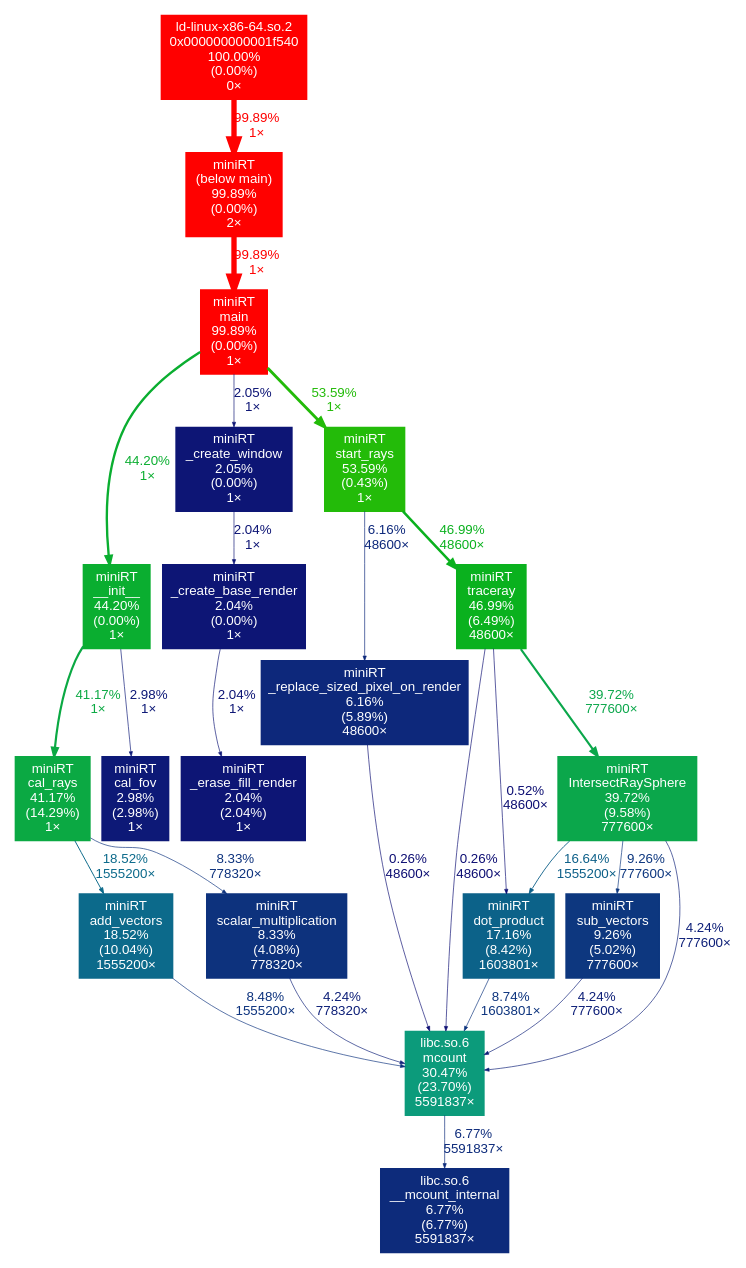
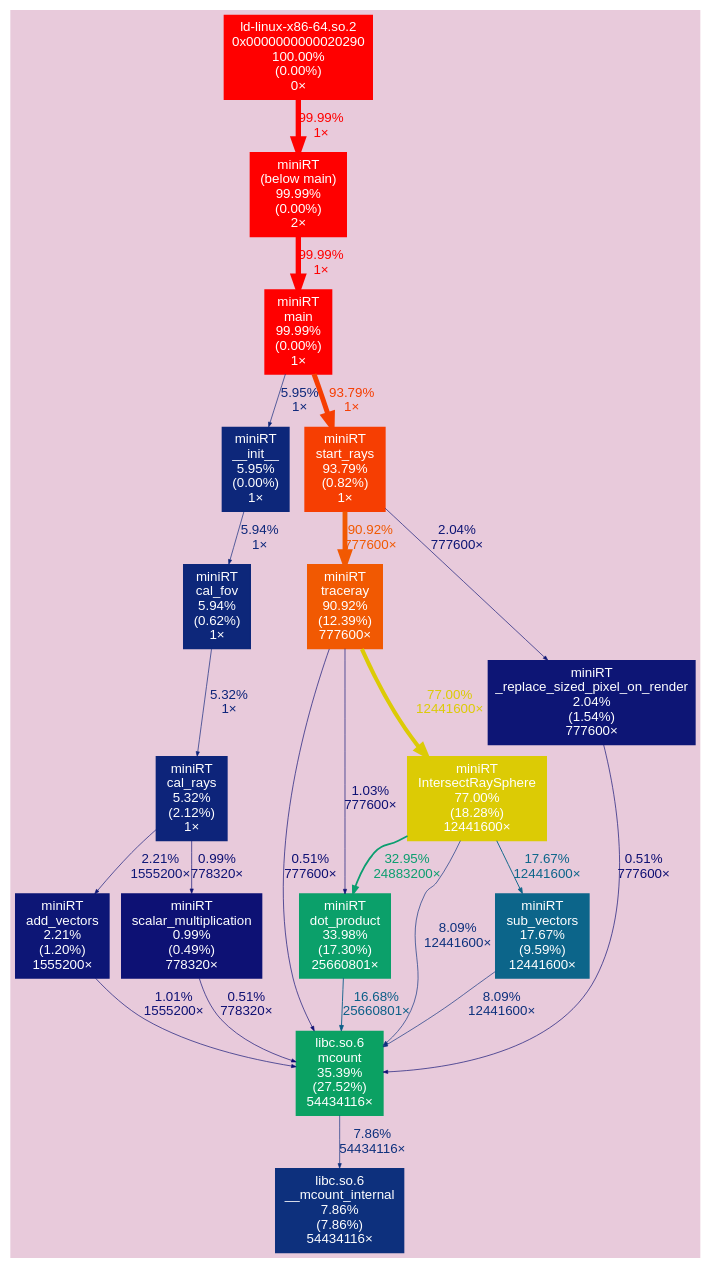
The diagram in out.dot (Miniflint/miniRT), drawn with Graphviz before and after one commit. The commit also changed 28 other files, not shown here.

```diff
--- a/out.dot
+++ b/out.dot
@@ -1,50 +1,45 @@
 digraph {
 	tooltip=" "
+	bgcolor="#E8CADB"
 	graph [fontname=Arial, nodesep=0.125, ranksep=0.25];
 	node [fontcolor=white, fontname=Arial, height=0, shape=box, style=filled, width=0];
 	edge [fontname=Arial];
-	"(below main)" [color="#ff0100", fontcolor="#ffffff", fontsize="10.00", label="miniRT\n(below main)\n99.89%\n(0.00%)\n2×"];
-	"(below main)" -> main [arrowsize="1.00", color="#ff0100", fontcolor="#ff0100", fontsize="10.00", label="99.89%\n1×", labeldistance="4.00", penwidth="4.00"];
-	"0x000000000001f540" [color="#ff0000", fontcolor="#ffffff", fontsize="10.00", label="ld-linux-x86-64.so.2\n0x000000000001f540\n100.00%\n(0.00%)\n0×"];
-	"0x000000000001f540" -> "(below main)" [arrowsize="1.00", color="#ff0100", fontcolor="#ff0100", fontsize="10.00", label="99.89%\n1×", labeldistance="4.00", penwidth="4.00"];
-	IntersectRaySphere [color="#0ba74b", fontcolor="#ffffff", fontsize="10.00", label="miniRT\nIntersectRaySphere\n39.72%\n(9.58%)\n777600×"];
-	IntersectRaySphere -> "dot_product" [arrowsize="0.41", color="#0c5f88", fontcolor="#0c5f88", fontsize="10.00", label="16.64%\n1555200×", labeldistance="0.67", penwidth="0.67"];
-	IntersectRaySphere -> mcount [arrowsize="0.35", color="#0d1f78", fontcolor="#0d1f78", fontsize="10.00", label="4.24%\n777600×", labeldistance="0.50", penwidth="0.50"];
-	IntersectRaySphere -> "sub_vectors" [arrowsize="0.35", color="#0d377f", fontcolor="#0d377f", fontsize="10.00", label="9.26%\n777600×", labeldistance="0.50", penwidth="0.50"];
-	"__init__" [color="#0aae30", fontcolor="#ffffff", fontsize="10.00", label="miniRT\n__init__\n44.20%\n(0.00%)\n1×"];
-	"__init__" -> "cal_fov" [arrowsize="0.35", color="#0d1977", fontcolor="#0d1977", fontsize="10.00", label="2.98%\n1×", labeldistance="0.50", penwidth="0.50"];
-	"__init__" -> "cal_rays" [arrowsize="0.64", color="#0ba943", fontcolor="#0ba943", fontsize="10.00", label="41.17%\n1×", labeldistance="1.65", penwidth="1.65"];
-	"__mcount_internal" [color="#0d2b7b", fontcolor="#ffffff", fontsize="10.00", label="libc.so.6\n__mcount_internal\n6.77%\n(6.77%)\n5591837×"];
-	"_create_base_render" [color="#0d1575", fontcolor="#ffffff", fontsize="10.00", label="miniRT\n_create_base_render\n2.04%\n(0.00%)\n1×"];
-	"_create_base_render" -> "_erase_fill_render" [arrowsize="0.35", color="#0d1575", fontcolor="#0d1575", fontsize="10.00", label="2.04%\n1×", labeldistance="0.50", penwidth="0.50"];
-	"_create_window" [color="#0d1575", fontcolor="#ffffff", fontsize="10.00", label="miniRT\n_create_window\n2.05%\n(0.00%)\n1×"];
-	"_create_window" -> "_create_base_render" [arrowsize="0.35", color="#0d1575", fontcolor="#0d1575", fontsize="10.00", label="2.04%\n1×", labeldistance="0.50", penwidth="0.50"];
-	"_erase_fill_render" [color="#0d1575", fontcolor="#ffffff", fontsize="10.00", label="miniRT\n_erase_fill_render\n2.04%\n(2.04%)\n1×"];
-	"_replace_sized_pixel_on_render" [color="#0d287b", fontcolor="#ffffff", fontsize="10.00", label="miniRT\n_replace_sized_pixel_on_render\n6.16%\n(5.89%)\n48600×"];
-	"_replace_sized_pixel_on_render" -> mcount [arrowsize="0.35", color="#0d0e73", fontcolor="#0d0e73", fontsize="10.00", label="0.26%\n48600×", labeldistance="0.50", penwidth="0.50"];
-	"add_vectors" [color="#0c6a8b", fontcolor="#ffffff", fontsize="10.00", label="miniRT\nadd_vectors\n18.52%\n(10.04%)\n1555200×"];
-	"add_vectors" -> mcount [arrowsize="0.35", color="#0d337e", fontcolor="#0d337e", fontsize="10.00", label="8.48%\n1555200×", labeldistance="0.50", penwidth="0.50"];
-	"cal_fov" [color="#0d1977", fontcolor="#ffffff", fontsize="10.00", label="miniRT\ncal_fov\n2.98%\n(2.98%)\n1×"];
-	"cal_rays" [color="#0ba943", fontcolor="#ffffff", fontsize="10.00", label="miniRT\ncal_rays\n41.17%\n(14.29%)\n1×"];
-	"cal_rays" -> "add_vectors" [arrowsize="0.43", color="#0c6a8b", fontcolor="#0c6a8b", fontsize="10.00", label="18.52%\n1555200×", labeldistance="0.74", penwidth="0.74"];
-	"cal_rays" -> "scalar_multiplication" [arrowsize="0.35", color="#0d327d", fontcolor="#0d327d", fontsize="10.00", label="8.33%\n778320×", labeldistance="0.50", penwidth="0.50"];
-	"dot_product" [color="#0c6289", fontcolor="#ffffff", fontsize="10.00", label="miniRT\ndot_product\n17.16%\n(8.42%)\n1603801×"];
-	"dot_product" -> mcount [arrowsize="0.35", color="#0d347e", fontcolor="#0d347e", fontsize="10.00", label="8.74%\n1603801×", labeldistance="0.50", penwidth="0.50"];
-	main [color="#ff0100", fontcolor="#ffffff", fontsize="10.00", label="miniRT\nmain\n99.89%\n(0.00%)\n1×"];
-	main -> "__init__" [arrowsize="0.66", color="#0aae30", fontcolor="#0aae30", fontsize="10.00", label="44.20%\n1×", labeldistance="1.77", penwidth="1.77"];
-	main -> "_create_window" [arrowsize="0.35", color="#0d1575", fontcolor="#0d1575", fontsize="10.00", label="2.05%\n1×", labeldistance="0.50", penwidth="0.50"];
-	main -> "start_rays" [arrowsize="0.73", color="#23bb09", fontcolor="#23bb09", fontsize="10.00", label="53.59%\n1×", labeldistance="2.14", penwidth="2.14"];
-	mcount [color="#0c9b7b", fontcolor="#ffffff", fontsize="10.00", label="libc.so.6\nmcount\n30.47%\n(23.70%)\n5591837×"];
-	mcount -> "__mcount_internal" [arrowsize="0.35", color="#0d2b7b", fontcolor="#0d2b7b", fontsize="10.00", label="6.77%\n5591837×", labeldistance="0.50", penwidth="0.50"];
-	"scalar_multiplication" [color="#0d327d", fontcolor="#ffffff", fontsize="10.00", label="miniRT\nscalar_multiplication\n8.33%\n(4.08%)\n778320×"];
-	"scalar_multiplication" -> mcount [arrowsize="0.35", color="#0d1f78", fontcolor="#0d1f78", fontsize="10.00", label="4.24%\n778320×", labeldistance="0.50", penwidth="0.50"];
-	"start_rays" [color="#23bb09", fontcolor="#ffffff", fontsize="10.00", label="miniRT\nstart_rays\n53.59%\n(0.43%)\n1×"];
-	"start_rays" -> "_replace_sized_pixel_on_render" [arrowsize="0.35", color="#0d287b", fontcolor="#0d287b", fontsize="10.00", label="6.16%\n48600×", labeldistance="0.50", penwidth="0.50"];
-	"start_rays" -> traceray [arrowsize="0.69", color="#0ab11e", fontcolor="#0ab11e", fontsize="10.00", label="46.99%\n48600×", labeldistance="1.88", penwidth="1.88"];
-	"sub_vectors" [color="#0d377f", fontcolor="#ffffff", fontsize="10.00", label="miniRT\nsub_vectors\n9.26%\n(5.02%)\n777600×"];
-	"sub_vectors" -> mcount [arrowsize="0.35", color="#0d1f78", fontcolor="#0d1f78", fontsize="10.00", label="4.24%\n777600×", labeldistance="0.50", penwidth="0.50"];
-	traceray [color="#0ab11e", fontcolor="#ffffff", fontsize="10.00", label="miniRT\ntraceray\n46.99%\n(6.49%)\n48600×"];
-	traceray -> IntersectRaySphere [arrowsize="0.63", color="#0ba74b", fontcolor="#0ba74b", fontsize="10.00", label="39.72%\n777600×", labeldistance="1.59", penwidth="1.59"];
-	traceray -> "dot_product" [arrowsize="0.35", color="#0d0f73", fontcolor="#0d0f73", fontsize="10.00", label="0.52%\n48600×", labeldistance="0.50", penwidth="0.50"];
-	traceray -> mcount [arrowsize="0.35", color="#0d0e73", fontcolor="#0d0e73", fontsize="10.00", label="0.26%\n48600×", labeldistance="0.50", penwidth="0.50"];
+	"(below main)" [color="#ff0000", fontcolor="#ffffff", fontsize="10.00", label="miniRT\n(below main)\n99.99%\n(0.00%)\n2×"];
+	"(below main)" -> main [arrowsize="1.00", color="#ff0000", fontcolor="#ff0000", fontsize="10.00", label="99.99%\n1×", labeldistance="4.00", penwidth="4.00"];
+	"0x0000000000020290" [color="#ff0000", fontcolor="#ffffff", fontsize="10.00", label="ld-linux-x86-64.so.2\n0x0000000000020290\n100.00%\n(0.00%)\n0×"];
+	"0x0000000000020290" -> "(below main)" [arrowsize="1.00", color="#ff0000", fontcolor="#ff0000", fontsize="10.00", label="99.99%\n1×", labeldistance="4.00", penwidth="4.00"];
+	IntersectRaySphere [color="#dccb05", fontcolor="#ffffff", fontsize="10.00", label="miniRT\nIntersectRaySphere\n77.00%\n(18.28%)\n12441600×"];
+	IntersectRaySphere -> "dot_product" [arrowsize="0.57", color="#0b9e6f", fontcolor="#0b9e6f", fontsize="10.00", label="32.95%\n24883200×", labeldistance="1.32", penwidth="1.32"];
+	IntersectRaySphere -> mcount [arrowsize="0.35", color="#0d317d", fontcolor="#0d317d", fontsize="10.00", label="8.09%\n12441600×", labeldistance="0.50", penwidth="0.50"];
+	IntersectRaySphere -> "sub_vectors" [arrowsize="0.42", color="#0c658a", fontcolor="#0c658a", fontsize="10.00", label="17.67%\n12441600×", labeldistance="0.71", penwidth="0.71"];
+	"__init__" [color="#0d277a", fontcolor="#ffffff", fontsize="10.00", label="miniRT\n__init__\n5.95%\n(0.00%)\n1×"];
+	"__init__" -> "cal_fov" [arrowsize="0.35", color="#0d277a", fontcolor="#0d277a", fontsize="10.00", label="5.94%\n1×", labeldistance="0.50", penwidth="0.50"];
+	"__mcount_internal" [color="#0d307d", fontcolor="#ffffff", fontsize="10.00", label="libc.so.6\n__mcount_internal\n7.86%\n(7.86%)\n54434116×"];
+	"_replace_sized_pixel_on_render" [color="#0d1575", fontcolor="#ffffff", fontsize="10.00", label="miniRT\n_replace_sized_pixel_on_render\n2.04%\n(1.54%)\n777600×"];
+	"_replace_sized_pixel_on_render" -> mcount [arrowsize="0.35", color="#0d0f73", fontcolor="#0d0f73", fontsize="10.00", label="0.51%\n777600×", labeldistance="0.50", penwidth="0.50"];
+	"add_vectors" [color="#0d1676", fontcolor="#ffffff", fontsize="10.00", label="miniRT\nadd_vectors\n2.21%\n(1.20%)\n1555200×"];
+	"add_vectors" -> mcount [arrowsize="0.35", color="#0d1174", fontcolor="#0d1174", fontsize="10.00", label="1.01%\n1555200×", labeldistance="0.50", penwidth="0.50"];
+	"cal_fov" [color="#0d277a", fontcolor="#ffffff", fontsize="10.00", label="miniRT\ncal_fov\n5.94%\n(0.62%)\n1×"];
+	"cal_fov" -> "cal_rays" [arrowsize="0.35", color="#0d247a", fontcolor="#0d247a", fontsize="10.00", label="5.32%\n1×", labeldistance="0.50", penwidth="0.50"];
+	"cal_rays" [color="#0d247a", fontcolor="#ffffff", fontsize="10.00", label="miniRT\ncal_rays\n5.32%\n(2.12%)\n1×"];
+	"cal_rays" -> "add_vectors" [arrowsize="0.35", color="#0d1676", fontcolor="#0d1676", fontsize="10.00", label="2.21%\n1555200×", labeldistance="0.50", penwidth="0.50"];
+	"cal_rays" -> "scalar_multiplication" [arrowsize="0.35", color="#0d1174", fontcolor="#0d1174", fontsize="10.00", label="0.99%\n778320×", labeldistance="0.50", penwidth="0.50"];
+	"dot_product" [color="#0ba06a", fontcolor="#ffffff", fontsize="10.00", label="miniRT\ndot_product\n33.98%\n(17.30%)\n25660801×"];
+	"dot_product" -> mcount [arrowsize="0.41", color="#0c5f88", fontcolor="#0c5f88", fontsize="10.00", label="16.68%\n25660801×", labeldistance="0.67", penwidth="0.67"];
+	main [color="#ff0000", fontcolor="#ffffff", fontsize="10.00", label="miniRT\nmain\n99.99%\n(0.00%)\n1×"];
+	main -> "__init__" [arrowsize="0.35", color="#0d277a", fontcolor="#0d277a", fontsize="10.00", label="5.95%\n1×", labeldistance="0.50", penwidth="0.50"];
+	main -> "start_rays" [arrowsize="0.97", color="#f63e02", fontcolor="#f63e02", fontsize="10.00", label="93.79%\n1×", labeldistance="3.75", penwidth="3.75"];
+	mcount [color="#0ba163", fontcolor="#ffffff", fontsize="10.00", label="libc.so.6\nmcount\n35.39%\n(27.52%)\n54434116×"];
+	mcount -> "__mcount_internal" [arrowsize="0.35", color="#0d307d", fontcolor="#0d307d", fontsize="10.00", label="7.86%\n54434116×", labeldistance="0.50", penwidth="0.50"];
+	"scalar_multiplication" [color="#0d1174", fontcolor="#ffffff", fontsize="10.00", label="miniRT\nscalar_multiplication\n0.99%\n(0.49%)\n778320×"];
+	"scalar_multiplication" -> mcount [arrowsize="0.35", color="#0d0f73", fontcolor="#0d0f73", fontsize="10.00", label="0.51%\n778320×", labeldistance="0.50", penwidth="0.50"];
+	"start_rays" [color="#f63e02", fontcolor="#ffffff", fontsize="10.00", label="miniRT\nstart_rays\n93.79%\n(0.82%)\n1×"];
+	"start_rays" -> "_replace_sized_pixel_on_render" [arrowsize="0.35", color="#0d1575", fontcolor="#0d1575", fontsize="10.00", label="2.04%\n777600×", labeldistance="0.50", penwidth="0.50"];
+	"start_rays" -> traceray [arrowsize="0.95", color="#f15902", fontcolor="#f15902", fontsize="10.00", label="90.92%\n777600×", labeldistance="3.64", penwidth="3.64"];
+	"sub_vectors" [color="#0c658a", fontcolor="#ffffff", fontsize="10.00", label="miniRT\nsub_vectors\n17.67%\n(9.59%)\n12441600×"];
+	"sub_vectors" -> mcount [arrowsize="0.35", color="#0d317d", fontcolor="#0d317d", fontsize="10.00", label="8.09%\n12441600×", labeldistance="0.50", penwidth="0.50"];
+	traceray [color="#f15902", fontcolor="#ffffff", fontsize="10.00", label="miniRT\ntraceray\n90.92%\n(12.39%)\n777600×"];
+	traceray -> IntersectRaySphere [arrowsize="0.88", color="#dccb05", fontcolor="#dccb05", fontsize="10.00", label="77.00%\n12441600×", labeldistance="3.08", penwidth="3.08"];
+	traceray -> "dot_product" [arrowsize="0.35", color="#0d1174", fontcolor="#0d1174", fontsize="10.00", label="1.03%\n777600×", labeldistance="0.50", penwidth="0.50"];
+	traceray -> mcount [arrowsize="0.35", color="#0d0f73", fontcolor="#0d0f73", fontsize="10.00", label="0.51%\n777600×", labeldistance="0.50", penwidth="0.50"];
 }
```
